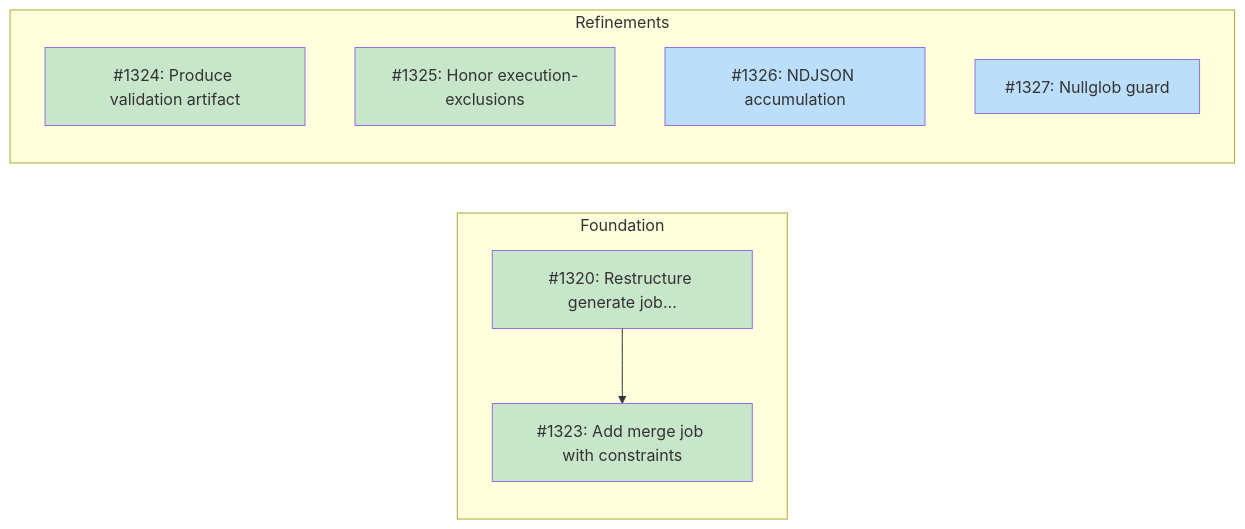
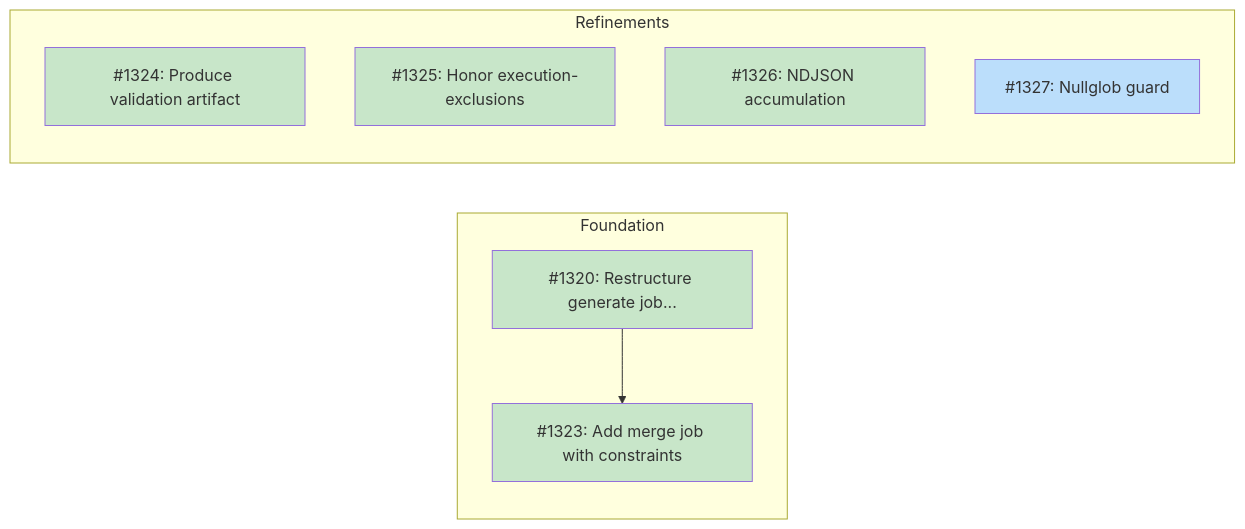
Before and after one commit to tsukumogami/tsuku: the diagram in docs/designs/DESIGN-batch-platform-validation.md, drawn with Mermaid. The commit also changed other lines of this file and 1 other file, not shown here.

Commit message:
ci(batch): use NDJSON accumulation in validation loops
Replace the O(n²) jq array accumulation pattern with O(n) NDJSON
(newline-delimited JSON) in all four validation jobs. Each result
is now appended as a single JSON line to a temp file, then converted
to an array with `jq -s '.'` after the loop completes.

This avoids shell quoting issues and memory growth for large batches,
since we no longer rebuild the entire JSON array on each iteration.

Closes #1326

````diff
--- a/docs/designs/DESIGN-batch-platform-validation.md
+++ b/docs/designs/DESIGN-batch-platform-validation.md
@@ -43,24 +43,24 @@
 ```mermaid
 graph LR
     subgraph Foundation["Foundation"]
         I1320["#1320: Restructure generate job..."]
         I1323["#1323: Add merge job with constraints"]
     end
 
     subgraph Refinements["Refinements"]
         I1324["#1324: Produce validation artifact"]
         I1325["#1325: Honor execution-exclusions"]
         I1326["#1326: NDJSON accumulation"]
         I1327["#1327: Nullglob guard"]
     end
 
     I1320 --> I1323
 
     classDef done fill:#c8e6c9
     classDef ready fill:#bbdefb
     classDef blocked fill:#fff9c4
     classDef needsDesign fill:#e1bee7
 
-    class I1320,I1323,I1324,I1325 done
-    class I1326,I1327 ready
+    class I1320,I1323,I1324,I1325,I1326 done
+    class I1327 ready
 ```
````
